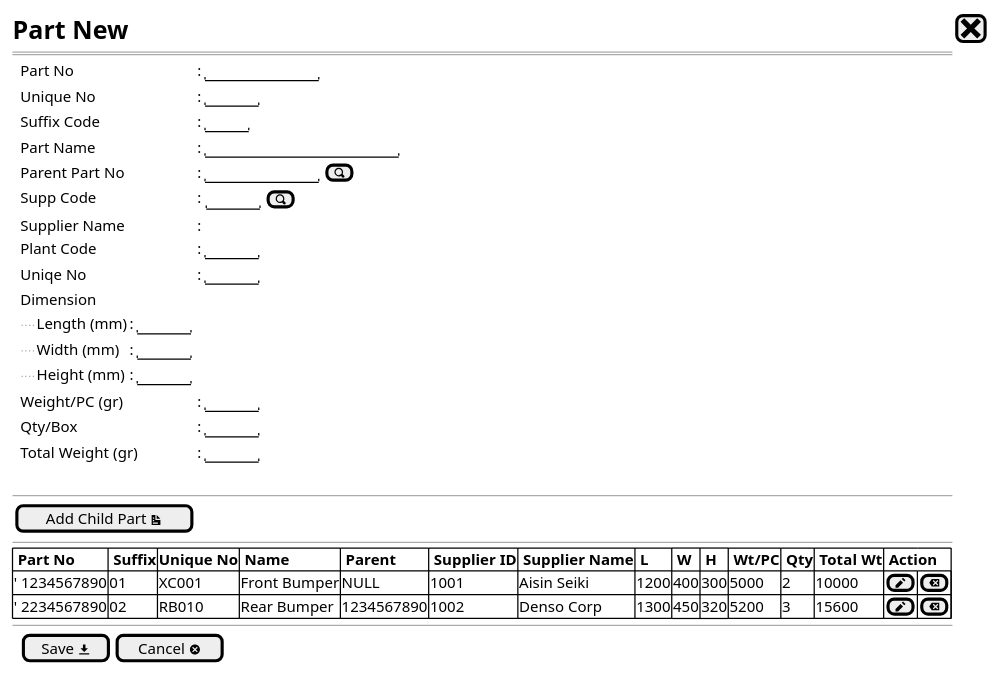
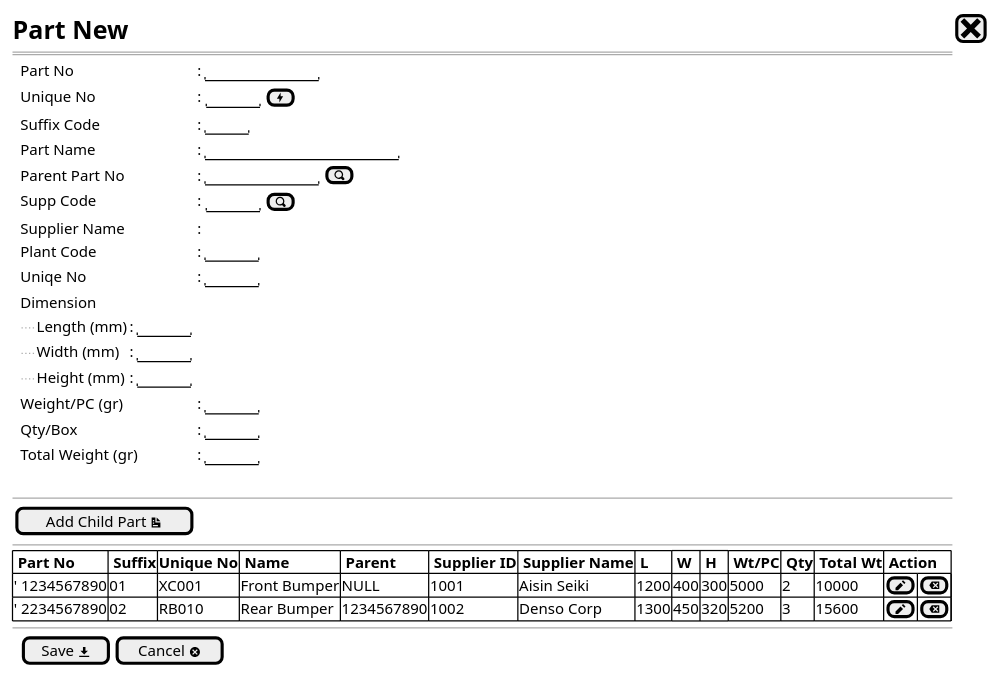
Before and after one commit to ari-fikri/packing-cost-mockup: the diagram in Part/part - new.puml, drawn with PlantUML.

Commit message:
Add unique no generator button which upon clicking will generate 5 digits alphanumeric unique number for that part.

```diff
--- a/Part/part - new.puml
+++ b/Part/part - new.puml
@@ -1,42 +1,42 @@
 @startsalt
 {
   <size:20><b>Part New | [<size:25><&x>]|*
   ==
   {
     .|Part No         |: |"           "|*
-    .|Unique No       |: |"     " |*
+    .|Unique No       |: {|"     " |[<&bolt>]|}*
     .|Suffix Code     |: |"    "|*
     .|Part Name       |: |"                   "|*
     .|Parent Part No  |: |"           "| [<&magnifying-glass>]| *
     .|Supp Code       |: {|"     "|[<&magnifying-glass>]|} *
     .|Supplier Name   |: |.| *
     .|Plant Code      |: |"     "| *
     .|Uniqe No        |: |"     "| *
     .|Dimension|*
     .|{
       ..||Length (mm)    |: |"     "|*
       ..|Width (mm)      |: |"     "|*
       ..|Height (mm)     |: |"     "|*
       }
     .|Weight/PC (gr)    |: |"     "|*
     .|Qty/Box           |: |"     "|*
     .|Total Weight (gr) |: |"     "|*
   }
   .
   --
   {
     [Add Child Part <&document>]|*
   }
   --
   {#
     |<b> Part No  |<b> Suffix |<b>Unique No         |<b> Name     |<b> Parent |<b> Supplier ID |<b> Supplier Name |<b> L |<b> W |<b> H |<b> Wt/PC |<b> Qty |<b> Total Wt |<b> Action |*|*|*|*|*|*|*
     |' 1234567890 | 01        | XC001               |Front Bumper | NULL      | 1001           | Aisin Seiki      | 1200 | 400  | 300  | 5000     | 2      | 10000       |[<&pencil>]|[<&delete>]|*
     |' 2234567890 | 02        | RB010               |Rear Bumper  | 1234567890| 1002           | Denso Corp       | 1300 | 450  | 320  | 5200     | 3      | 15600       |[<&pencil>]|[<&delete>]|*
   }
   --
   {
   .|[ Save <&data-transfer-download>] |  [Cancel <&circle-x> ]|*
   }
 
 }
 @endsalt
```
